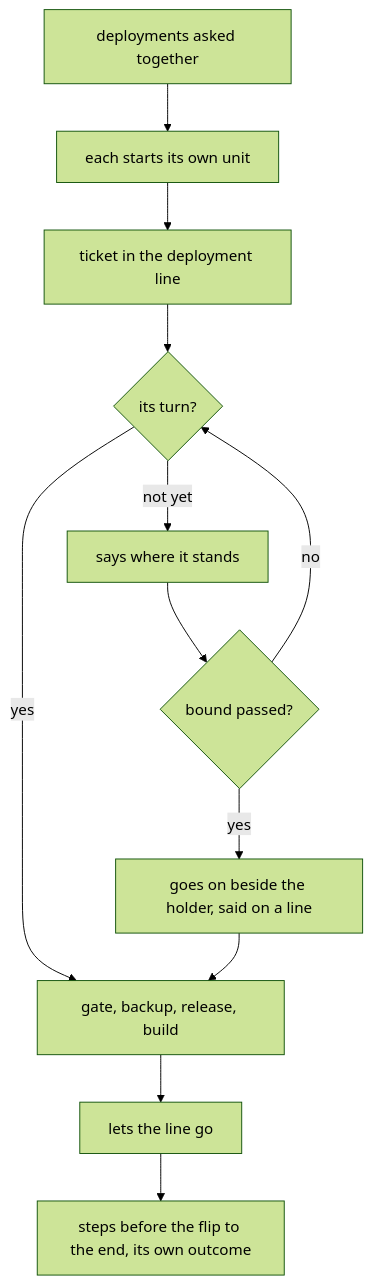
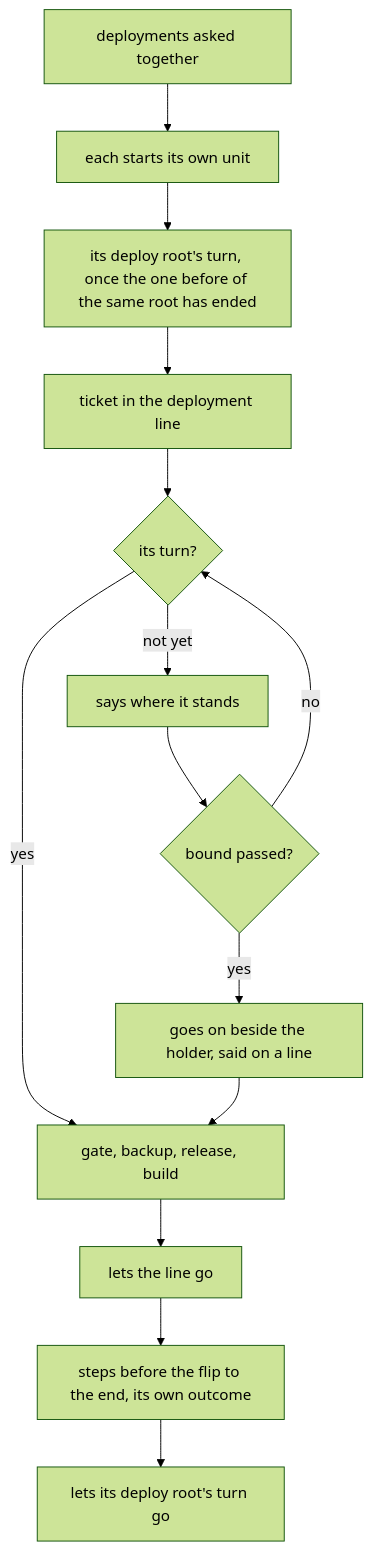
Before and after one commit to ahas/bmo-testbed: the first of 2 diagrams in docs/deploy.md, drawn with Mermaid (forest theme). The commit also changed other lines of this file and 17 other files, not shown here.

````diff
--- a/docs/deploy.md
+++ b/docs/deploy.md
@@ -285,14 +294,16 @@
 ```mermaid
 flowchart TD
   A[deployments asked together] --> B[each starts its own unit]
-  B --> C[ticket in the deployment line]
+  B --> R[its deploy root's turn, once the one before of the same root has ended]
+  R --> C[ticket in the deployment line]
   C --> D{its turn?}
   D -- not yet --> E[says where it stands]
   E --> F{bound passed?}
   F -- no --> D
   F -- yes --> G[goes on beside the holder, said on a line]
   D -- yes --> H[gate, backup, release, build]
   G --> H
   H --> I[lets the line go]
   I --> J[steps before the flip to the end, its own outcome]
+  J --> K[lets its deploy root's turn go]
 ```
````
